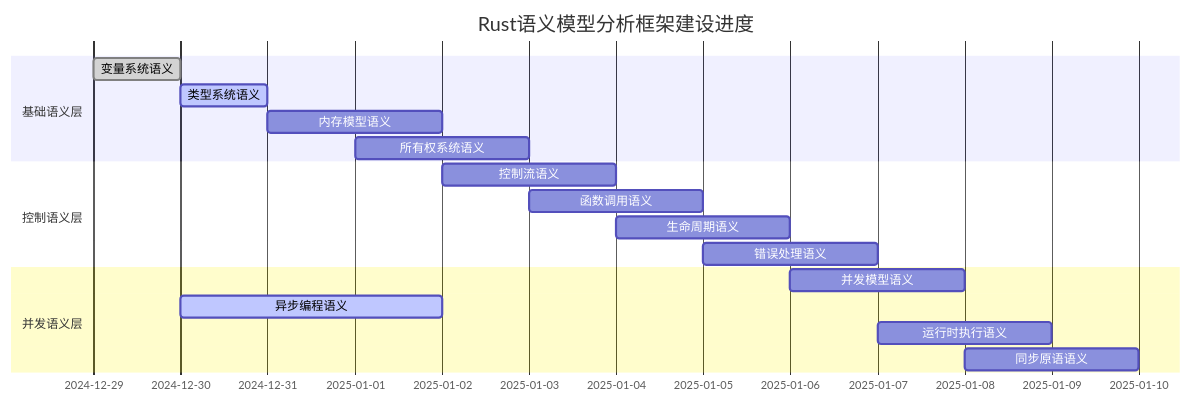
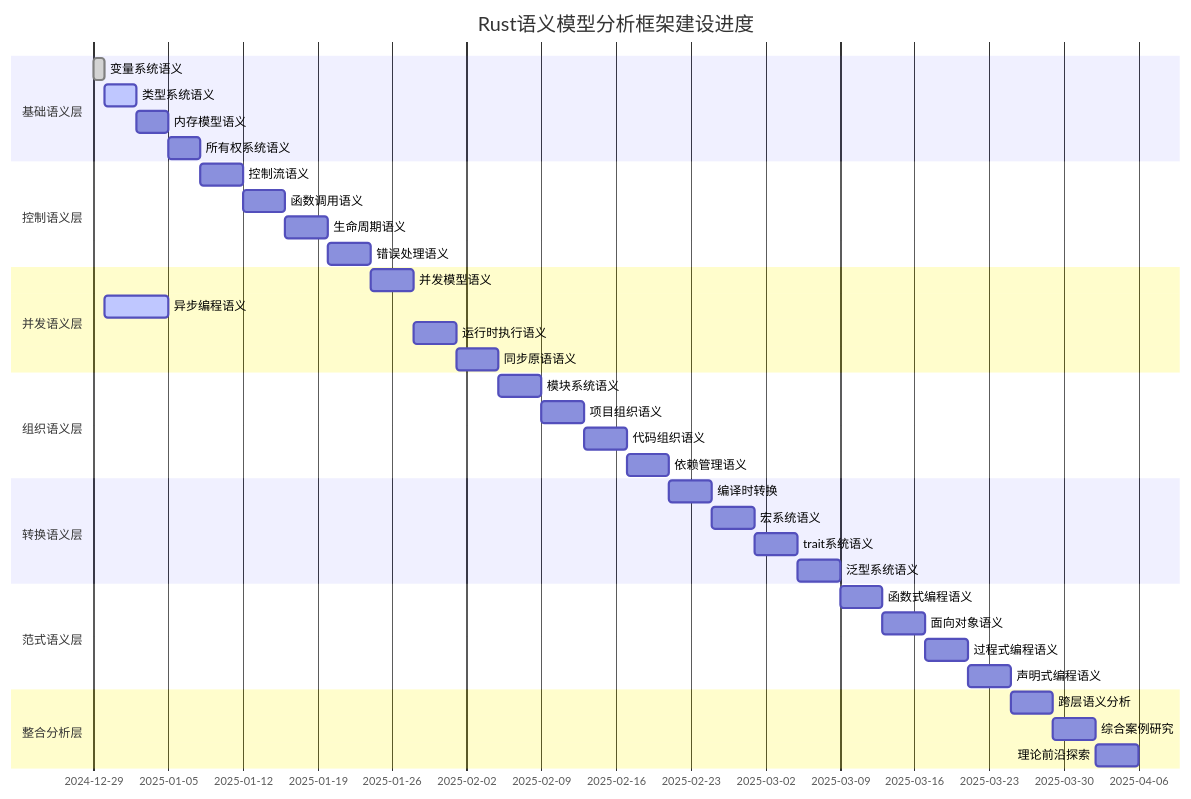
The first of 2 diagrams in formal_rust/refactor/01_core_theory/00_SEMANTIC_MODEL_MASTER_INDEX.md (martin-ly/rust-lang), drawn with Mermaid before and after one commit. The commit also changed other lines of this file and 118 other files, not shown here.

````diff
--- a/formal_rust/refactor/01_core_theory/00_SEMANTIC_MODEL_MASTER_INDEX.md
+++ b/formal_rust/refactor/01_core_theory/00_SEMANTIC_MODEL_MASTER_INDEX.md
@@ -7,22 +78,45 @@
 ```mermaid
 gantt
     title Rust语义模型分析框架建设进度
     dateFormat  YYYY-MM-DD
     section 基础语义层
     变量系统语义     :done, var-sys, 2024-12-29, 2024-12-30
-    类型系统语义     :active, type-sys, 2024-12-30, 2024-12-31
-    内存模型语义     :memory-sem, 2024-12-31, 2025-01-02
-    所有权系统语义   :ownership-sem, 2025-01-01, 2025-01-03
+    类型系统语义     :active, type-sys, 2024-12-30, 2025-01-02
+    内存模型语义     :memory-sem, 2025-01-02, 2025-01-05
+    所有权系统语义   :ownership-sem, 2025-01-05, 2025-01-08
     
     section 控制语义层
-    控制流语义       :control-flow, 2025-01-02, 2025-01-04
-    函数调用语义     :function-call, 2025-01-03, 2025-01-05
-    生命周期语义     :lifetime-sem, 2025-01-04, 2025-01-06
-    错误处理语义     :error-handle, 2025-01-05, 2025-01-07
+    控制流语义       :control-flow, 2025-01-08, 2025-01-12
+    函数调用语义     :function-call, 2025-01-12, 2025-01-16
+    生命周期语义     :lifetime-sem, 2025-01-16, 2025-01-20
+    错误处理语义     :error-handle, 2025-01-20, 2025-01-24
     
     section 并发语义层
-    并发模型语义     :concurrency, 2025-01-06, 2025-01-08
-    异步编程语义     :active, async-prog, 2024-12-30, 2025-01-02
-    运行时执行语义   :runtime-exec, 2025-01-07, 2025-01-09
-    同步原语语义     :sync-prim, 2025-01-08, 2025-01-10
+    并发模型语义     :concurrency, 2025-01-24, 2025-01-28
+    异步编程语义     :active, async-prog, 2024-12-30, 2025-01-05
+    运行时执行语义   :runtime-exec, 2025-01-28, 2025-02-01
+    同步原语语义     :sync-prim, 2025-02-01, 2025-02-05
+    
+    section 组织语义层
+    模块系统语义     :module-sem, 2025-02-05, 2025-02-09
+    项目组织语义     :project-sem, 2025-02-09, 2025-02-13
+    代码组织语义     :code-sem, 2025-02-13, 2025-02-17
+    依赖管理语义     :dep-sem, 2025-02-17, 2025-02-21
+    
+    section 转换语义层
+    编译时转换      :compile-sem, 2025-02-21, 2025-02-25
+    宏系统语义      :macro-sem, 2025-02-25, 2025-03-01
+    trait系统语义   :trait-sem, 2025-03-01, 2025-03-05
+    泛型系统语义    :generic-sem, 2025-03-05, 2025-03-09
+    
+    section 范式语义层
+    函数式编程语义  :func-sem, 2025-03-09, 2025-03-13
+    面向对象语义    :oo-sem, 2025-03-13, 2025-03-17
+    过程式编程语义  :proc-sem, 2025-03-17, 2025-03-21
+    声明式编程语义  :decl-sem, 2025-03-21, 2025-03-25
+    
+    section 整合分析层
+    跨层语义分析    :cross-sem, 2025-03-25, 2025-03-29
+    综合案例研究    :case-sem, 2025-03-29, 2025-04-02
+    理论前沿探索    :frontier-sem, 2025-04-02, 2025-04-06
 ```
````
